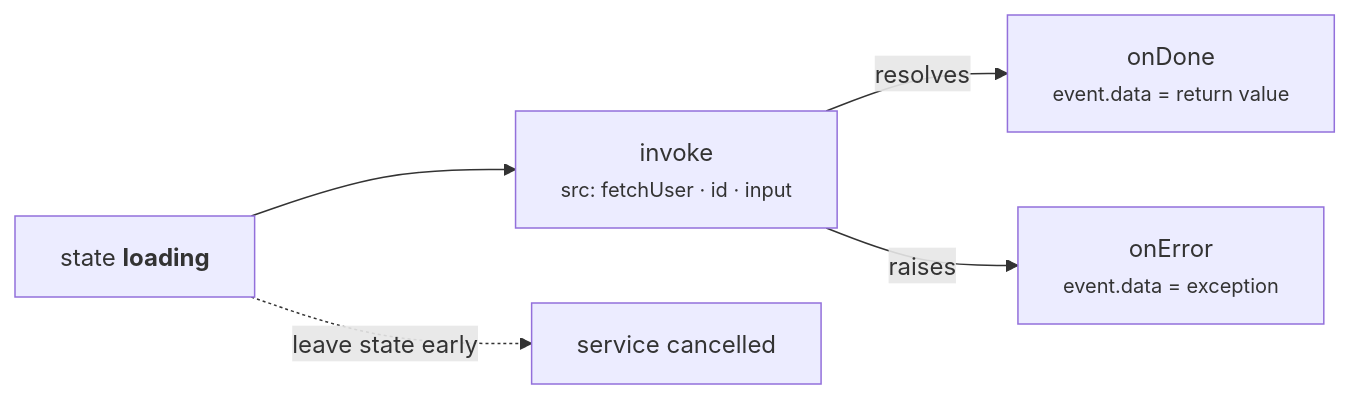
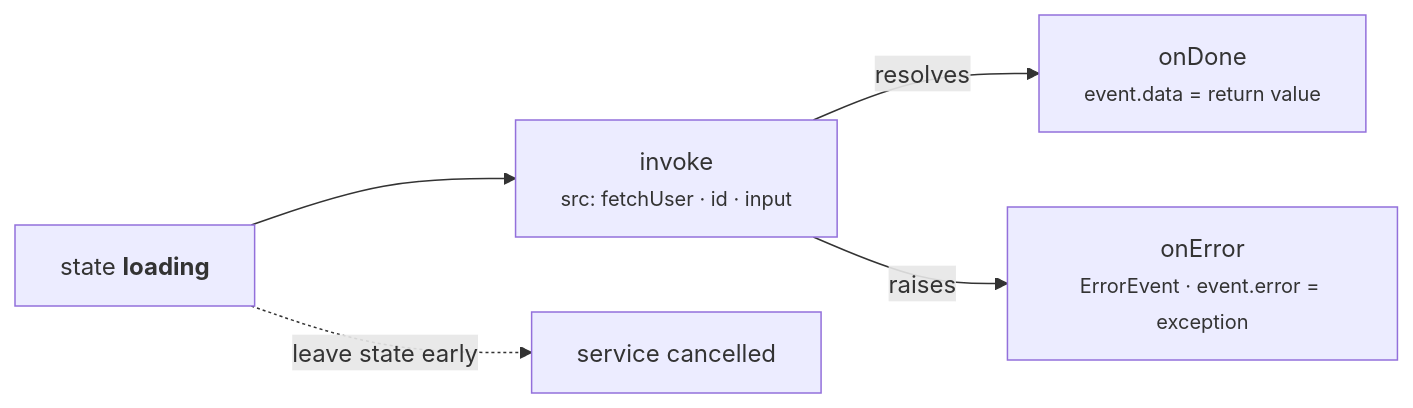
One commit to basiltt/xstate-statemachine changed the first of 2 diagrams in docs/_guide/services.md. Above: the diagram before and after it, drawn with Mermaid. The commit also changed other lines of this file and 17 other files, not shown here.

````diff
--- a/docs/_guide/services.md
+++ b/docs/_guide/services.md
@@ -21,7 +21,7 @@
 ```mermaid
 flowchart LR
     S["state <b>loading</b>"] --> I["invoke<br/><small>src: fetchUser · id · input</small>"]
     I -- "resolves" --> D["onDone<br/><small>event.data = return value</small>"]
-    I -- "raises" --> E["onError<br/><small>event.data = exception</small>"]
+    I -- "raises" --> E["onError<br/><small>ErrorEvent · event.error = exception</small>"]
     S -. "leave state early" .-> X["service cancelled"]
 ```
````
